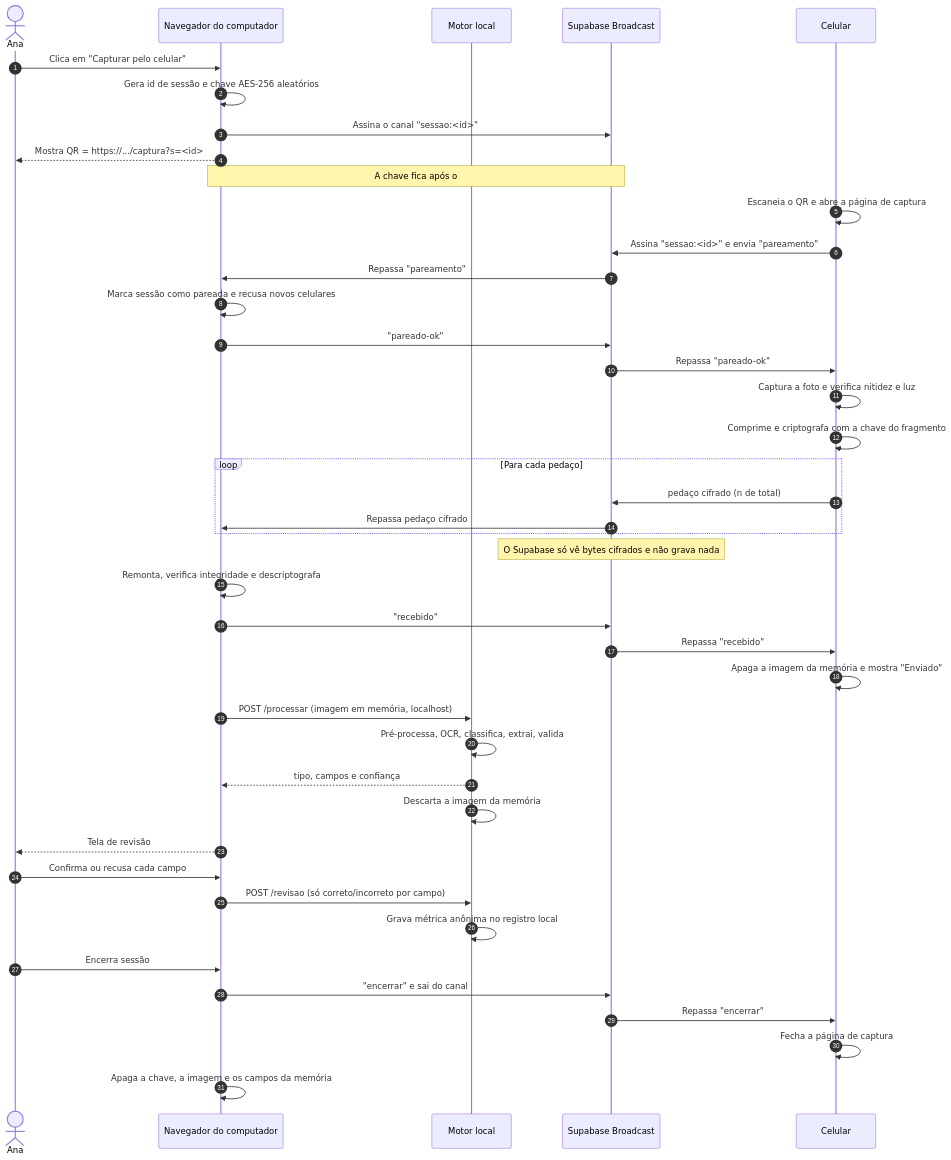
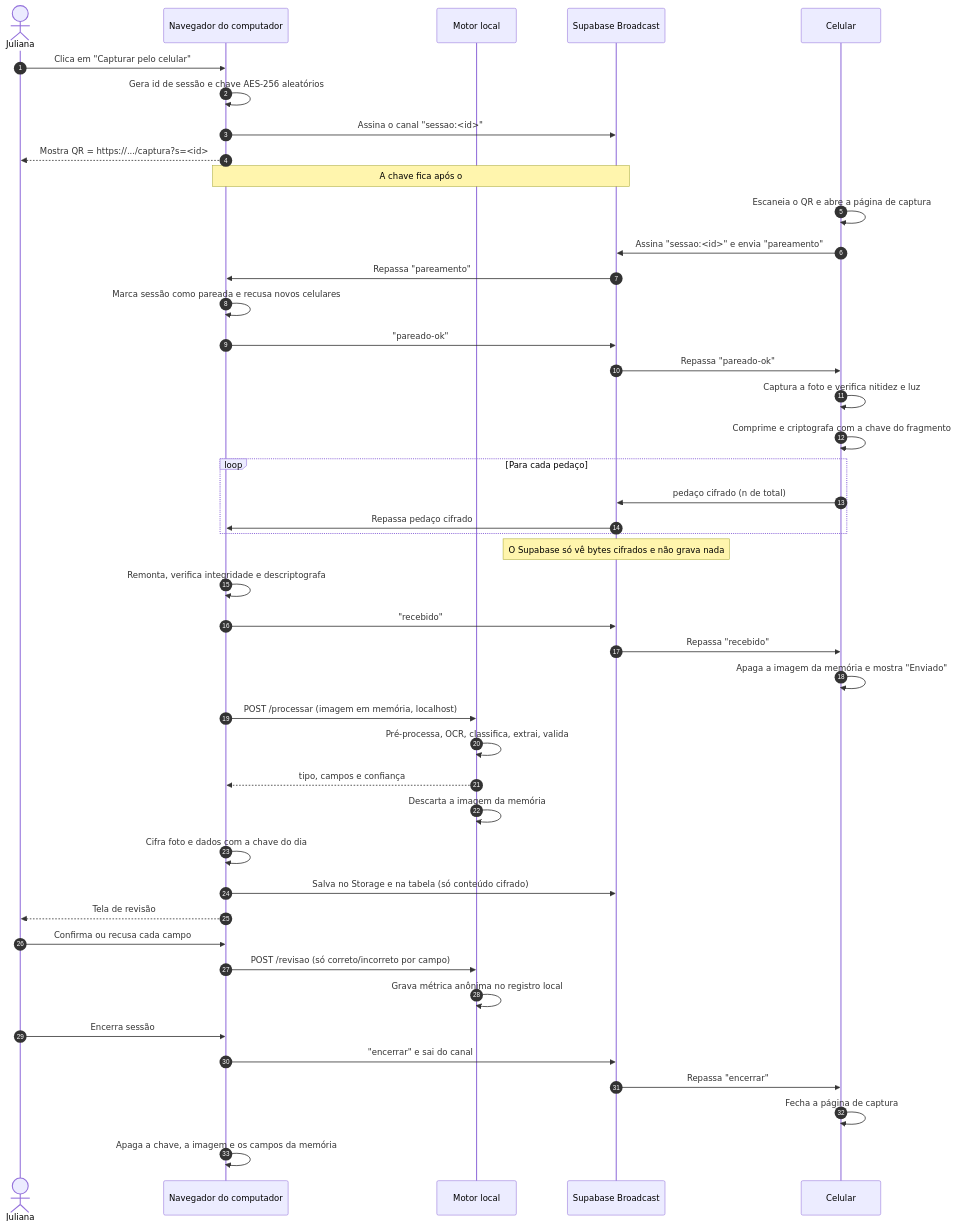
One commit to marcosvpantoja/extracao-dados-documentos changed the third of 8 diagrams in docs/arquitetura/fluxogramas.md. Above: the diagram before and after it, drawn with Mermaid. The commit also changed other lines of this file and 7 other files, not shown here.

````diff
--- a/docs/arquitetura/fluxogramas.md
+++ b/docs/arquitetura/fluxogramas.md
@@ -118,51 +121,53 @@
 ```mermaid
 sequenceDiagram
   autonumber
-  actor Ana
+  actor Juliana
   participant N as Navegador do computador
   participant M as Motor local
   participant S as Supabase Broadcast
   participant C as Celular
 
-  Ana->>N: Clica em "Capturar pelo celular"
+  Juliana->>N: Clica em "Capturar pelo celular"
   N->>N: Gera id de sessão e chave AES-256 aleatórios
   N->>S: Assina o canal "sessao:<id>"
-  N-->>Ana: Mostra QR = https://.../captura?s=<id>#<chave>
+  N-->>Juliana: Mostra QR = https://.../captura?s=<id>#<chave>
   Note over N,S: A chave fica após o #, e o navegador nunca envia o fragmento ao servidor
 
   C->>C: Escaneia o QR e abre a página de captura
   C->>S: Assina "sessao:<id>" e envia "pareamento"
   S->>N: Repassa "pareamento"
   N->>N: Marca sessão como pareada e recusa novos celulares
   N->>S: "pareado-ok"
   S->>C: Repassa "pareado-ok"
 
   C->>C: Captura a foto e verifica nitidez e luz
   C->>C: Comprime e criptografa com a chave do fragmento
   loop Para cada pedaço
     C->>S: pedaço cifrado (n de total)
     S->>N: Repassa pedaço cifrado
   end
   Note over S: O Supabase só vê bytes cifrados e não grava nada
 
   N->>N: Remonta, verifica integridade e descriptografa
   N->>S: "recebido"
   S->>C: Repassa "recebido"
   C->>C: Apaga a imagem da memória e mostra "Enviado"
 
   N->>M: POST /processar (imagem em memória, localhost)
   M->>M: Pré-processa, OCR, classifica, extrai, valida
   M-->>N: tipo, campos e confiança
   M->>M: Descarta a imagem da memória
-  N-->>Ana: Tela de revisão
+  N->>N: Cifra foto e dados com a chave do dia
+  N->>S: Salva no Storage e na tabela (só conteúdo cifrado)
+  N-->>Juliana: Tela de revisão
 
-  Ana->>N: Confirma ou recusa cada campo
+  Juliana->>N: Confirma ou recusa cada campo
   N->>M: POST /revisao (só correto/incorreto por campo)
   M->>M: Grava métrica anônima no registro local
 
-  Ana->>N: Encerra sessão
+  Juliana->>N: Encerra sessão
   N->>S: "encerrar" e sai do canal
   S->>C: Repassa "encerrar"
   C->>C: Fecha a página de captura
   N->>N: Apaga a chave, a imagem e os campos da memória
 ```
````
